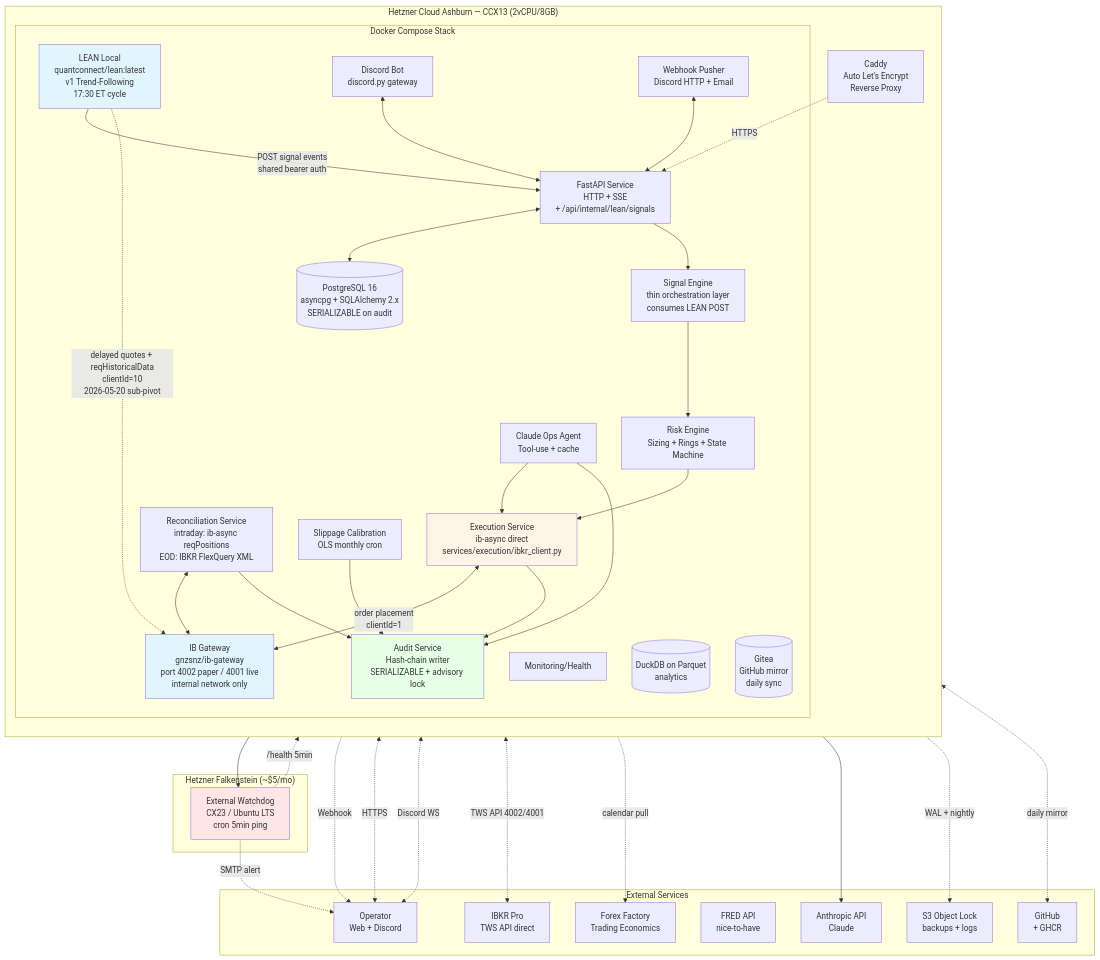
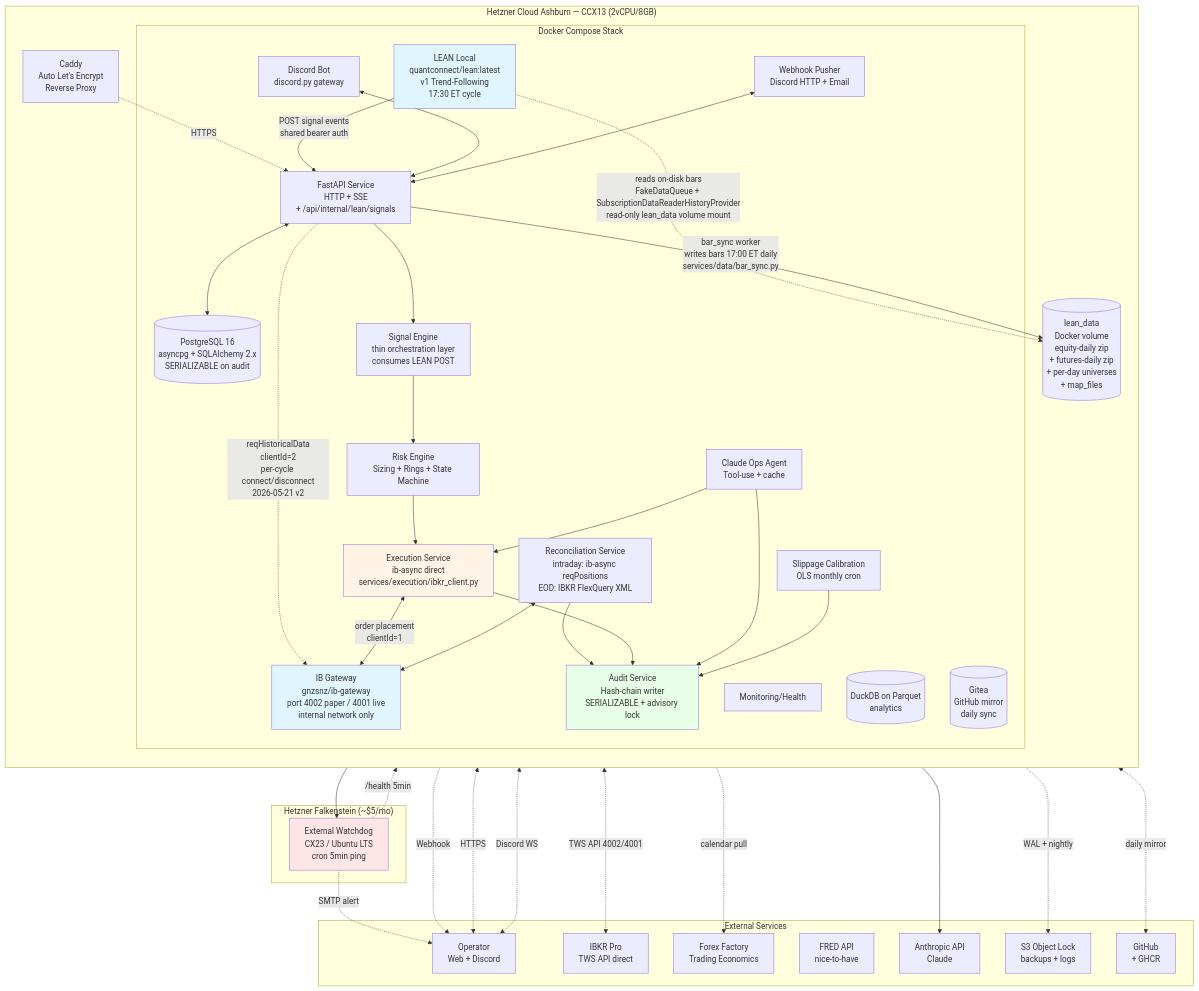
One commit to shaanyp123/trading-system changed the first of 27 diagrams in Docs/backend-spec.md. Above: the diagram before and after it, drawn with Mermaid. The commit also changed other lines of this file and 16 other files, not shown here.

````diff
--- a/Docs/backend-spec.md
+++ b/Docs/backend-spec.md
@@ -98,77 +100,79 @@
 ```mermaid
 graph TB
   subgraph Hetzner_Falkenstein["Hetzner Falkenstein (~$5/mo)"]
     WD[External Watchdog<br/>CX23 / Ubuntu LTS<br/>cron 5min ping]
   end
 
   subgraph Hetzner_Ashburn["Hetzner Cloud Ashburn — CCX13 (2vCPU/8GB)"]
     direction TB
     CADDY[Caddy<br/>Auto Let's Encrypt<br/>Reverse Proxy]
 
     subgraph Docker_Compose["Docker Compose Stack"]
       API[FastAPI Service<br/>HTTP + SSE<br/>+ /api/internal/lean/signals]
       LEAN[LEAN Local<br/>quantconnect/lean:latest<br/>v1 Trend-Following<br/>17:30 ET cycle]
       SIG[Signal Engine<br/>thin orchestration layer<br/>consumes LEAN POST]
       RISK[Risk Engine<br/>Sizing + Rings + State Machine]
       EXEC[Execution Service<br/>ib-async direct<br/>services/execution/ibkr_client.py]
       RECON[Reconciliation Service<br/>intraday: ib-async reqPositions<br/>EOD: IBKR FlexQuery XML]
       AUDIT[Audit Service<br/>Hash-chain writer<br/>SERIALIZABLE + advisory lock]
       CALIB[Slippage Calibration<br/>OLS monthly cron]
       AGENT[Claude Ops Agent<br/>Tool-use + cache]
       DBOT[Discord Bot<br/>discord.py gateway]
       WHP[Webhook Pusher<br/>Discord HTTP + Email]
       MON[Monitoring/Health]
 
       IBGW[IB Gateway<br/>gnzsnz/ib-gateway<br/>port 4002 paper / 4001 live<br/>internal network only]
 
       PG[(PostgreSQL 16<br/>asyncpg + SQLAlchemy 2.x<br/>SERIALIZABLE on audit)]
       DDB[(DuckDB on Parquet<br/>analytics)]
       GITEA[(Gitea<br/>GitHub mirror<br/>daily sync)]
     end
 
     CADDY -.HTTPS.-> API
     API <--> PG
     LEAN -->|POST signal events<br/>shared bearer auth| API
-    LEAN -.->|delayed quotes + reqHistoricalData<br/>clientId=10<br/>2026-05-20 sub-pivot| IBGW
+    LEAN -.->|reads on-disk bars<br/>FakeDataQueue + SubscriptionDataReaderHistoryProvider<br/>read-only lean_data volume mount| LEANDATA[(lean_data<br/>Docker volume<br/>equity-daily zip<br/>+ futures-daily zip<br/>+ per-day universes<br/>+ map_files)]
+    API -->|bar_sync worker<br/>writes bars 17:00 ET daily<br/>services/data/bar_sync.py| LEANDATA
+    API -.->|reqHistoricalData<br/>clientId=2<br/>per-cycle connect/disconnect<br/>2026-05-21 v2| IBGW
     API --> SIG
     SIG --> RISK
     RISK --> EXEC
     EXEC <-->|order placement<br/>clientId=1| IBGW
     RECON <--> IBGW
     RECON --> AUDIT
     EXEC --> AUDIT
     AGENT --> EXEC
     AGENT --> AUDIT
     DBOT <--> API
     WHP <--> API
     MON --> WD
     CALIB --> AUDIT
   end
 
   subgraph External["External Services"]
     OPER[Operator<br/>Web + Discord]
     IBKR[IBKR Pro<br/>TWS API direct]
     FF[Forex Factory<br/>Trading Economics]
     FRED[FRED API<br/>nice-to-have]
     CLAUDE[Anthropic API<br/>Claude]
     S3[S3 Object Lock<br/>backups + logs]
     GH[GitHub<br/>+ GHCR]
   end
 
   IBGW <-. TWS API 4002/4001 .-> IBKR
   WD -. /health 5min .-> CADDY
   WD -. SMTP alert .-> OPER
   OPER <-. HTTPS .-> CADDY
   OPER <-. Discord WS .-> DBOT
   WHP -. Webhook .-> OPER
   SIG -. calendar pull .-> FF
   AGENT --> CLAUDE
   AUDIT -. WAL + nightly .-> S3
   GITEA <-. daily mirror .-> GH
 
   style LEAN fill:#e1f5ff
   style IBGW fill:#e1f5ff
   style EXEC fill:#fff4e6
   style WD fill:#ffe6e6
   style AUDIT fill:#e6ffe6
 ```
````
